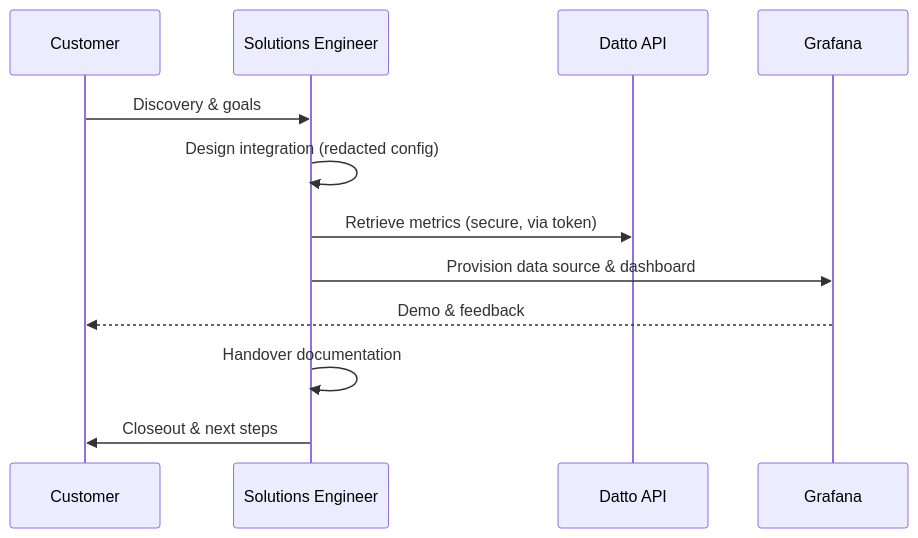
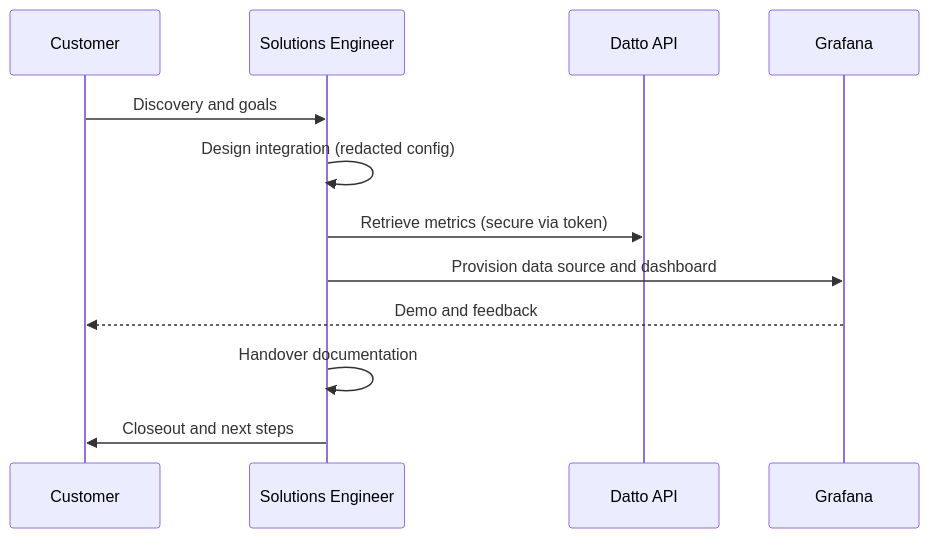
The second of 2 diagrams in README.md (berkeleyo/datto-grafana-presales), drawn with Mermaid before and after one commit. The commit also changed other lines of this file, not shown here.

````diff
--- a/README.md
+++ b/README.md
@@ -39,15 +38,15 @@
 ```mermaid
 sequenceDiagram
     participant C as Customer
     participant SE as Solutions Engineer
     participant API as Datto API
     participant G as Grafana
 
-    C->>SE: Discovery & goals
+    C->>SE: Discovery and goals
     SE->>SE: Design integration (redacted config)
-    SE->>API: Retrieve metrics (secure, via token)
-    SE->>G: Provision data source & dashboard
-    G-->>C: Demo & feedback
+    SE->>API: Retrieve metrics (secure via token)
+    SE->>G: Provision data source and dashboard
+    G-->>C: Demo and feedback
     SE->>SE: Handover documentation
-    SE->>C: Closeout & next steps
+    SE->>C: Closeout and next steps
 ```
````
